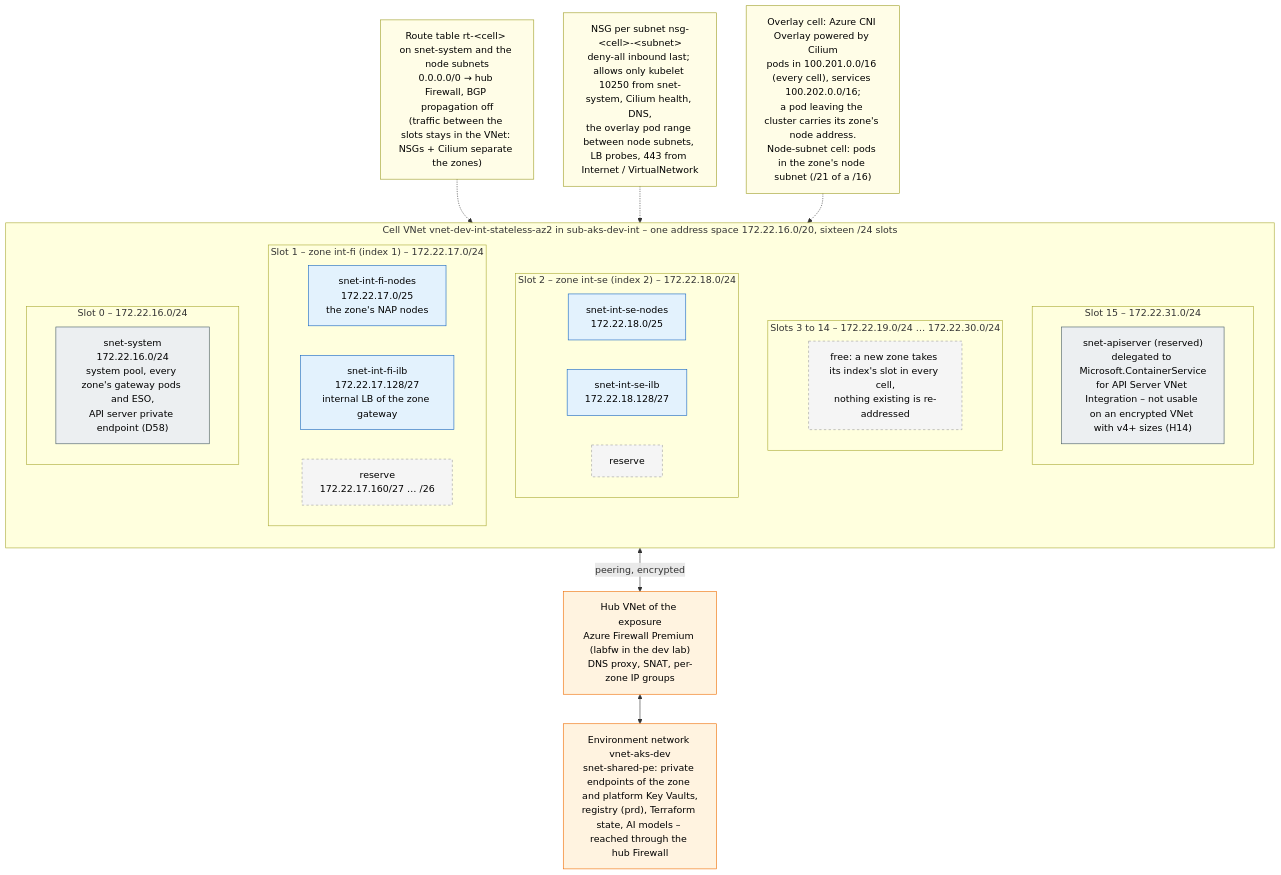
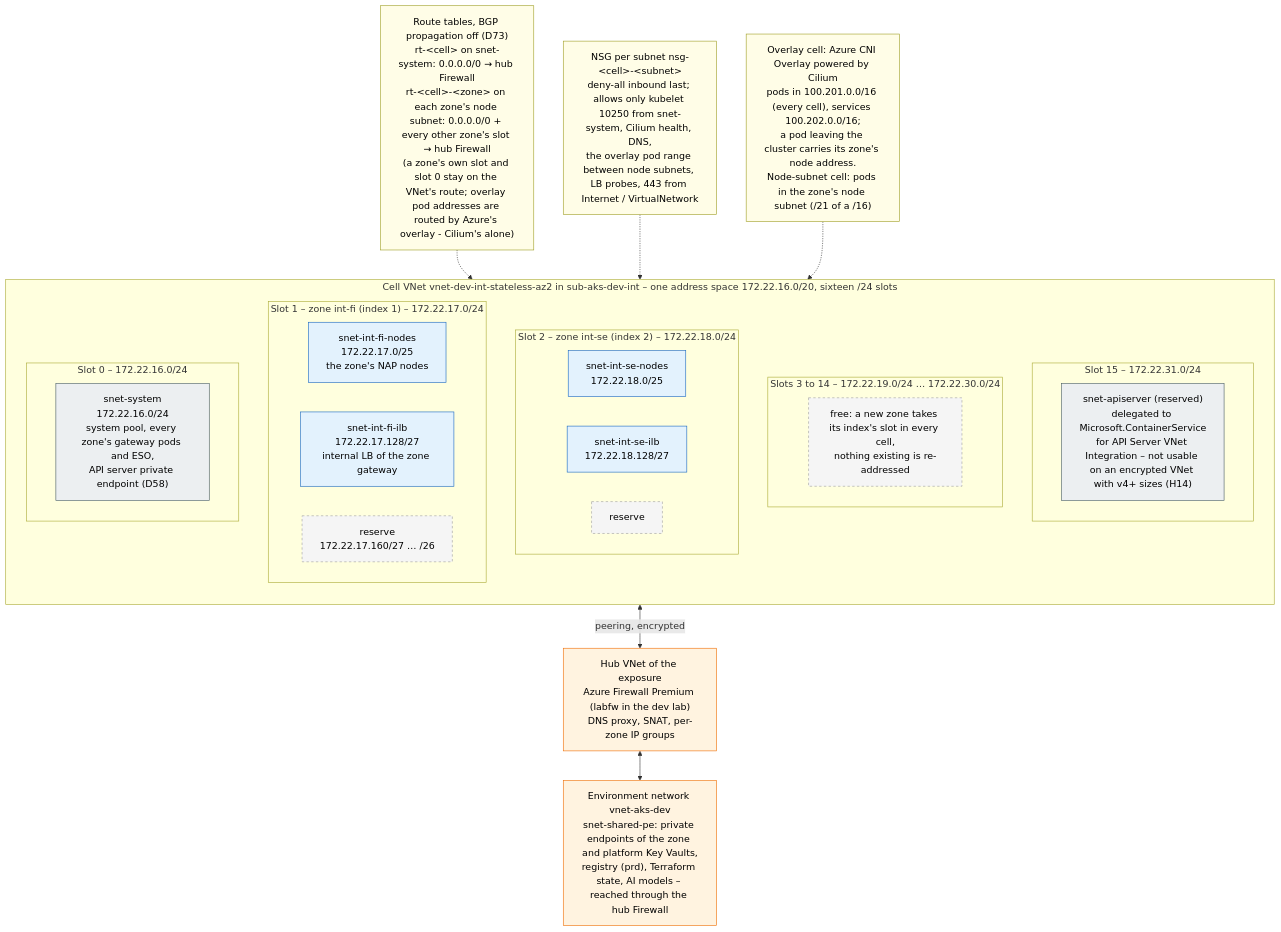
The diagram in diagrams/2.1-network-subnets.mmd (onek8s/onek8s.github.io), drawn with Mermaid before and after one commit. The commit also changed 14 other files, not shown here.

```diff
--- a/diagrams/2.1-network-subnets.mmd
+++ b/diagrams/2.1-network-subnets.mmd
@@ -1,58 +1,60 @@
 %% Subnet layout of an AKS spoke VNet, here an internal overlay cell with the dev lab's addressing (172.22.16.0/20).
 %% One address space per cell, cut into sixteen equal slots: slot 0 the system subnet, slots 1-14 the isolation
 %% zones by their index (the same index in every cell of the exposure), slot 15 reserved for the delegated API
 %% server subnet of VNet integration (H14). In a zone's slot the first half is the node subnet and the fifth eighth
 %% the load balancer subnet; the rest is reserve (address plan, section 3.1). A node-subnet cell (D59) is the same
 %% with a /16 of 100.64.0.0/10 and its pods in the node subnets. Private endpoints are not in the cells (snet-shared-pe).
 %% Internal and external are separate clusters and subscriptions (D52): an external cell's VNet is the same layout
-%% with ext-fi / ext-se in its slots and public load balancers for its zone gateways.
+%% with ext-fi / ext-se in its slots and public load balancers for its zone gateways. Since D73 (2026-10-18) a zone's node
+%% subnet routes every other zone's slot to the hub Firewall, so zone-to-zone traffic that carries node addresses is denied
+%% and logged there; the system subnet keeps the default route alone.
 flowchart TB
     subgraph VNET["Cell VNet vnet-dev-int-stateless-az2 in sub-aks-dev-int – one address space 172.22.16.0/20, sixteen /24 slots"]
         direction TB
         subgraph S15["Slot 15 – 172.22.31.0/24"]
             direction LR
             api["snet-apiserver (reserved)<br/>delegated to Microsoft.ContainerService<br/>for API Server VNet Integration – not usable on an encrypted VNet with v4+ sizes (H14)"]
         end
         subgraph SF["Slots 3 to 14 – 172.22.19.0/24 … 172.22.30.0/24"]
             direction LR
             free["free: a new zone takes its index's slot in every cell,<br/>nothing existing is re-addressed"]
         end
         subgraph S2["Slot 2 – zone int-se (index 2) – 172.22.18.0/24"]
             direction LR
             ise_n["snet-int-se-nodes<br/>172.22.18.0/25"]
             ise_i["snet-int-se-ilb<br/>172.22.18.128/27"]
             ise_r["reserve"]
         end
         subgraph S1["Slot 1 – zone int-fi (index 1) – 172.22.17.0/24"]
             direction LR
             ifi_n["snet-int-fi-nodes<br/>172.22.17.0/25<br/>the zone's NAP nodes"]
             ifi_i["snet-int-fi-ilb<br/>172.22.17.128/27<br/>internal LB of the zone gateway"]
             ifi_r["reserve<br/>172.22.17.160/27 … /26"]
         end
         subgraph S0["Slot 0 – 172.22.16.0/24"]
             direction LR
             sys["snet-system<br/>172.22.16.0/24<br/>system pool, every zone's gateway pods and ESO,<br/>API server private endpoint (D58)"]
         end
     end
 
     shared["Environment network vnet-aks-dev<br/>snet-shared-pe: private endpoints of the zone and platform Key Vaults,<br/>registry (prd), Terraform state, AI models – reached through the hub Firewall"]
     hub["Hub VNet of the exposure<br/>Azure Firewall Premium (labfw in the dev lab)<br/>DNS proxy, SNAT, per-zone IP groups"]
-    rt["Route table rt-&lt;cell&gt; on snet-system and the node subnets<br/>0.0.0.0/0 → hub Firewall, BGP propagation off<br/>(traffic between the slots stays in the VNet: NSGs + Cilium separate the zones)"]
+    rt["Route tables, BGP propagation off (D73)<br/>rt-&lt;cell&gt; on snet-system: 0.0.0.0/0 → hub Firewall<br/>rt-&lt;cell&gt;-&lt;zone&gt; on each zone's node subnet: 0.0.0.0/0 + every other zone's slot → hub Firewall<br/>(a zone's own slot and slot 0 stay on the VNet's route; overlay pod addresses are routed by Azure's overlay - Cilium's alone)"]
     nsg["NSG per subnet nsg-&lt;cell&gt;-&lt;subnet&gt;<br/>deny-all inbound last; allows only kubelet 10250 from snet-system, Cilium health, DNS,<br/>the overlay pod range between node subnets, LB probes, 443 from Internet / VirtualNetwork"]
     cni["Overlay cell: Azure CNI Overlay powered by Cilium<br/>pods in 100.201.0.0/16 (every cell), services 100.202.0.0/16;<br/>a pod leaving the cluster carries its zone's node address.<br/>Node-subnet cell: pods in the zone's node subnet (/21 of a /16)"]
     rt -.-> VNET
     nsg -.-> VNET
     cni -.-> VNET
     VNET <-->|"peering, encrypted"| hub
     hub <--> shared
 
     classDef cp fill:#eceff1,stroke:#455a64,color:#000
     classDef int fill:#e3f2fd,stroke:#1565c0,color:#000
     classDef res fill:#f5f5f5,stroke:#9e9e9e,color:#000,stroke-dasharray: 4 4
     classDef note fill:#fffde7,stroke:#9e9d24,color:#000
     classDef ext fill:#fff3e0,stroke:#ef6c00,color:#000
     class sys,api cp
     class ifi_n,ifi_i,ise_n,ise_i int
     class ifi_r,ise_r,free res
     class rt,nsg,cni note
     class shared,hub ext
```
